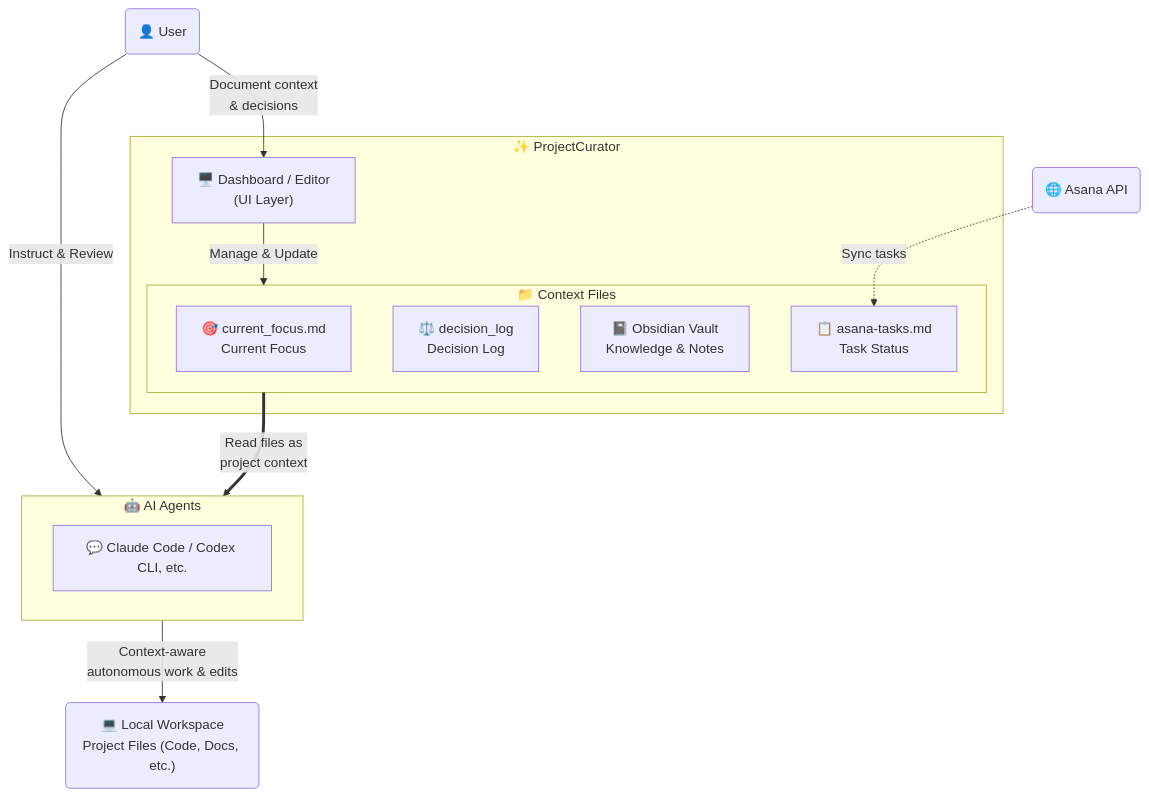
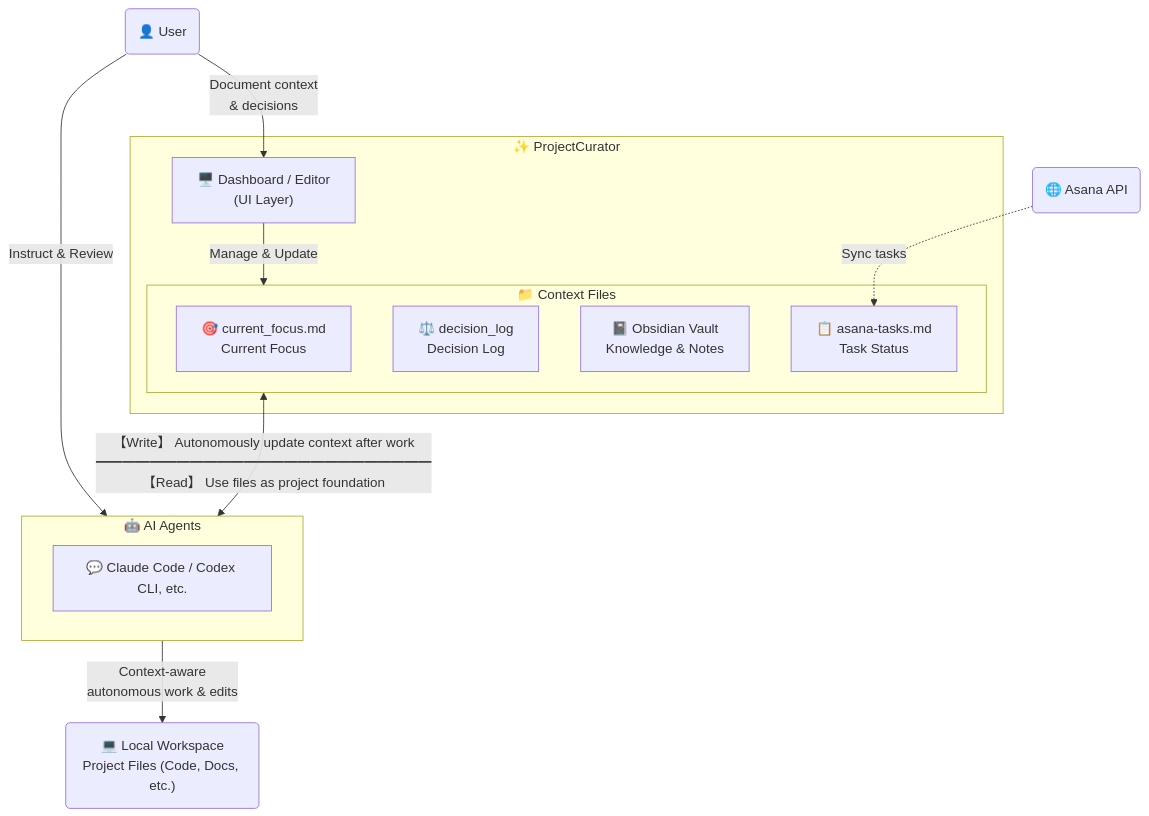
The diagram in README.md (yt3trees/ProjectCurator), drawn with Mermaid before and after one commit. The commit also changed 1 other file, not shown here.

Commit message:
docs: clarify context read and write flow in diagram

````diff
--- a/README.md
+++ b/README.md
@@ -12,36 +12,36 @@
 ```mermaid
 flowchart TD
     User("👤 User")
 
     %% Core Application
     subgraph PC ["✨ ProjectCurator"]
         UI["🖥️ Dashboard / Editor<br>(UI Layer)"]
         
         subgraph MD ["📁 Context Files"]
             F1["🎯 current_focus.md<br>Current Focus"]
             F2["⚖️ decision_log<br>Decision Log"]
             F4["📓 Obsidian Vault<br>Knowledge & Notes"]
             F3["📋 asana-tasks.md<br>Task Status"]
         end
         
         UI -->|Manage & Update| MD
     end
 
     %% AI Agents & Target
     subgraph AI ["🤖 AI Agents"]
         AgentList["💬 Claude Code / Codex CLI, etc."]
     end
 
     Asana("🌐 Asana API")
     Workspace("💻 Local Workspace<br>Project Files (Code, Docs, etc.)")
 
     %% Relations
     User -->|Instruct & Review| AI
     User -->|Document context<br>& decisions| UI
     
     Asana -.->|Sync tasks| F3
     
-    MD ==>|Read files as<br>project context| AI
+    MD <-->|【Write】 Autonomously update context after work<br>━━━━━━━━━━━━━━━━━━━━━━━━━<br>【Read】 Use files as project foundation| AI
     
     AI -->|Context-aware<br>autonomous work & edits| Workspace
 ```
````
